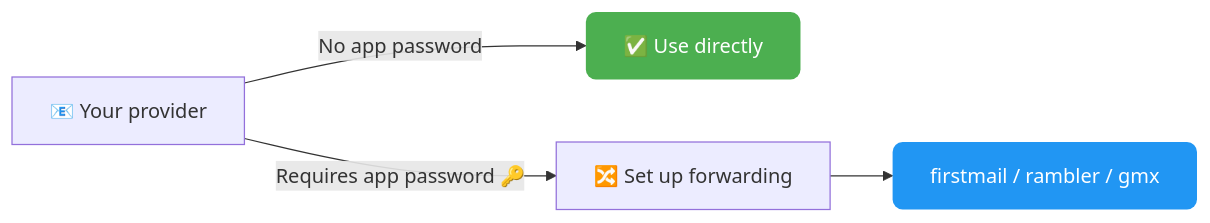
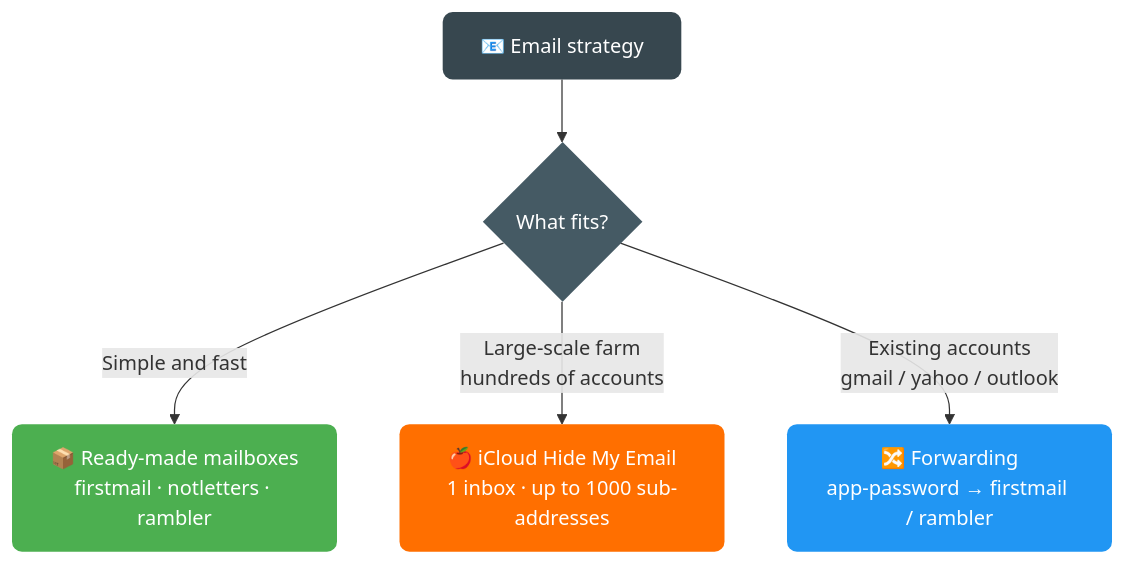
One commit to AutoPilotSoftware/docs changed the first of 10 diagrams in src/content/docs/en/getting-started/faq.md. Above: the diagram before and after it, drawn with Mermaid. The commit also changed other lines of this file and 2 other files, not shown here.

First line of the commit message:
docs(faq): mail strategy patterns + iCloud Hide My Email guide

````diff
--- a/src/content/docs/en/getting-started/faq.md
+++ b/src/content/docs/en/getting-started/faq.md
@@ -59,9 +59,13 @@
 ```mermaid
-flowchart LR
-    A["📧 Your provider"] -->|No app password| B["✅ Use directly"]
-    A -->|Requires app password 🔑| C["🔀 Set up forwarding"]
-    C --> D["firstmail / rambler / gmx"]
+flowchart TD
+    Start["📧 Email strategy"] --> Q{"What fits?"}
+    Q -->|"Simple and fast"| Direct["📦 Ready-made mailboxes<br/>firstmail · notletters · rambler"]
+    Q -->|"Large-scale farm<br/>hundreds of accounts"| Farm["🍎 iCloud Hide My Email<br/>1 inbox · up to 1000 sub-addresses"]
+    Q -->|"Existing accounts<br/>gmail / yahoo / outlook"| Fwd["🔀 Forwarding<br/>app-password → firstmail / rambler"]
 
-    style B fill:#4CAF50,color:#fff,stroke:none,rx:8
-    style D fill:#2196F3,color:#fff,stroke:none,rx:8
+    style Start fill:#37474F,color:#fff,stroke:none,rx:8
+    style Q fill:#455A64,color:#fff,stroke:none,rx:8
+    style Direct fill:#4CAF50,color:#fff,stroke:none,rx:8
+    style Farm fill:#FF6F00,color:#fff,stroke:none,rx:8
+    style Fwd fill:#2196F3,color:#fff,stroke:none,rx:8
 ```
````
